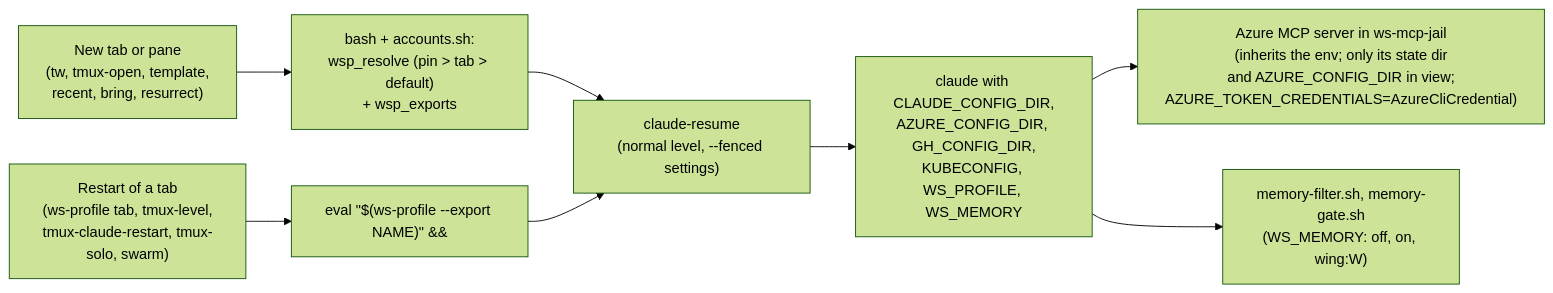
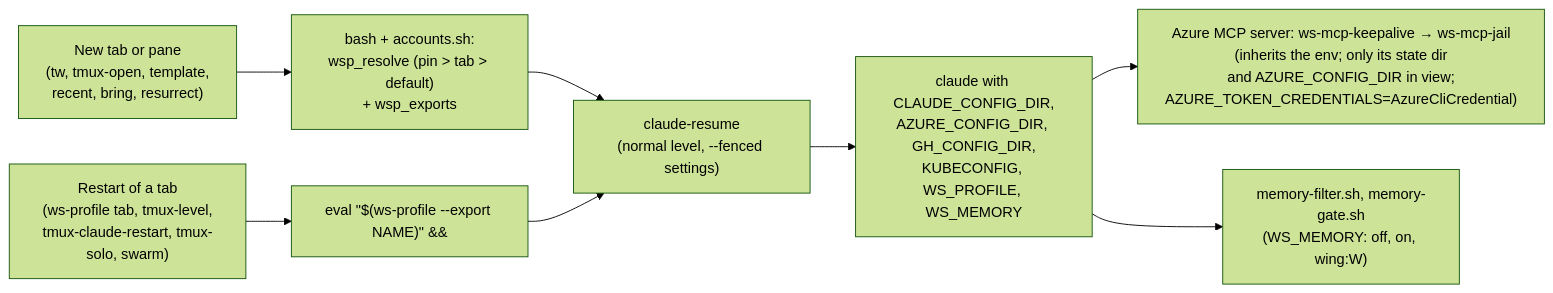
One commit to andreshma/claude-workstation changed the third of 10 diagrams in docs/architecture.md. Above: the diagram before and after it, drawn with Mermaid (forest theme). The commit also changed other lines of this file and 12 other files, not shown here.

First line of the commit message:
docs(mcp): add ADR 0025 and document the keepalive

````diff
--- a/docs/architecture.md
+++ b/docs/architecture.md
@@ -317,10 +318,10 @@
 ```mermaid
 flowchart LR
     new["New tab or pane<br/>(tw, tmux-open, template,<br/>recent, bring, resurrect)"] --> shell["bash + accounts.sh:<br/>wsp_resolve (pin > tab > default)<br/>+ wsp_exports"]
     restart["Restart of a tab<br/>(ws-profile tab, tmux-level,<br/>tmux-claude-restart, tmux-solo, swarm)"] --> prefix["eval &quot;$(ws-profile --export NAME)&quot; &&"]
     shell --> cr["claude-resume<br/>(normal level, --fenced settings)"]
     prefix --> cr
     cr --> claude["claude with CLAUDE_CONFIG_DIR,<br/>AZURE_CONFIG_DIR, GH_CONFIG_DIR,<br/>KUBECONFIG, WS_PROFILE, WS_MEMORY"]
-    claude --> mcp["Azure MCP server in ws-mcp-jail<br/>(inherits the env; only its state dir<br/>and AZURE_CONFIG_DIR in view;<br/>AZURE_TOKEN_CREDENTIALS=AzureCliCredential)"]
+    claude --> mcp["Azure MCP server: ws-mcp-keepalive → ws-mcp-jail<br/>(inherits the env; only its state dir<br/>and AZURE_CONFIG_DIR in view;<br/>AZURE_TOKEN_CREDENTIALS=AzureCliCredential)"]
     claude --> hooks["memory-filter.sh, memory-gate.sh<br/>(WS_MEMORY: off, on, wing:W)"]
 ```
````
